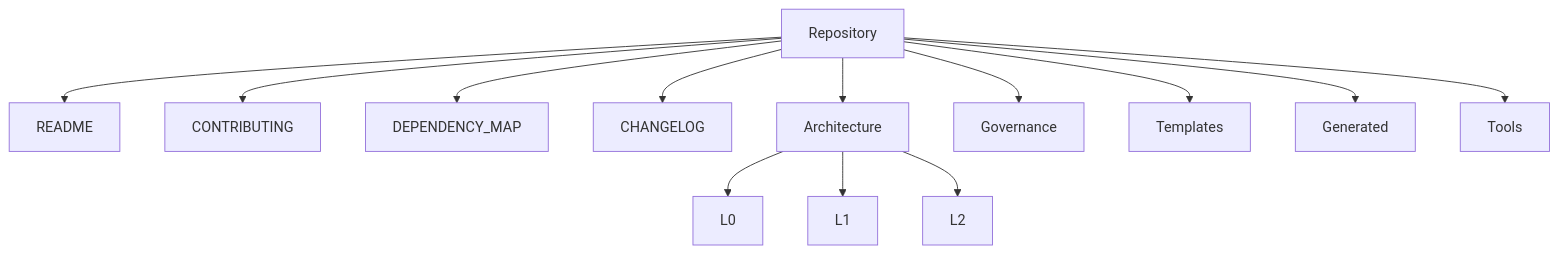
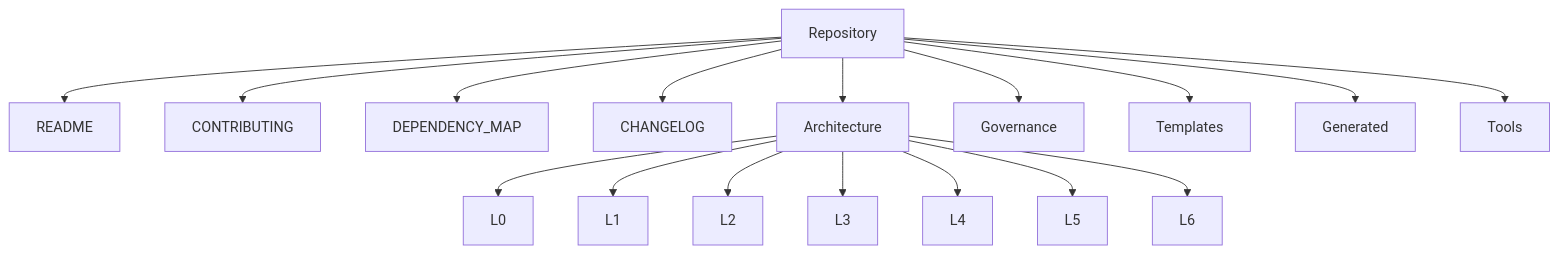
Before and after one commit to Varad1604/ERP_hark: the first of 6 diagrams in governance/constitution/Volume_6_Repository_Reference_Manual.md, drawn with Mermaid. The commit also changed other lines of this file and 130 other files, not shown here.

````diff
--- a/governance/constitution/Volume_6_Repository_Reference_Manual.md
+++ b/governance/constitution/Volume_6_Repository_Reference_Manual.md
@@ -83,15 +93,19 @@
 ```mermaid
 flowchart TD
 Repository --> README
 Repository --> CONTRIBUTING
 Repository --> DEPENDENCY_MAP
 Repository --> CHANGELOG
 Repository --> Architecture
 Repository --> Governance
 Repository --> Templates
 Repository --> Generated
 Repository --> Tools
 Architecture --> L0
 Architecture --> L1
 Architecture --> L2
+Architecture --> L3
+Architecture --> L4
+Architecture --> L5
+Architecture --> L6
 ```
````
